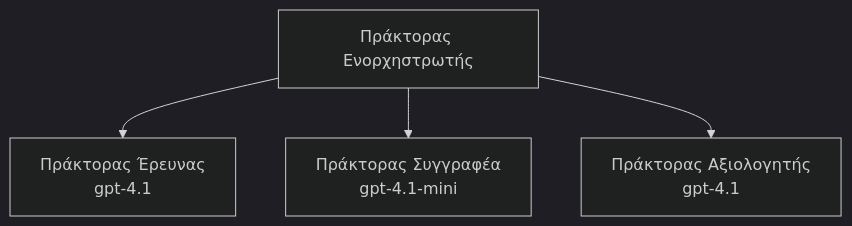
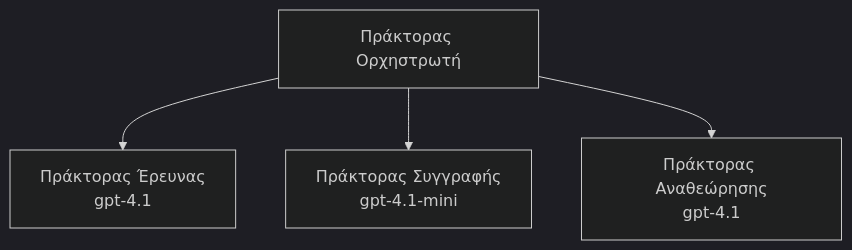
One commit to microsoft/AZD-for-beginners changed the third of 3 diagrams in translations/el/docs/chapter-02-ai-development/agents.md. Above: the diagram before and after it, drawn with Mermaid (dark theme). The commit also changed other lines of this file and 104 other files, not shown here.

````diff
--- a/translations/el/docs/chapter-02-ai-development/agents.md
+++ b/translations/el/docs/chapter-02-ai-development/agents.md
@@ -194,6 +201,6 @@
 ```mermaid
 graph TD
-    Orchestrator[Πράκτορας Ενορχηστρωτής] --> Research[Πράκτορας Έρευνας<br/>gpt-4.1]
-    Orchestrator --> Writer[Πράκτορας Συγγραφέα<br/>gpt-4.1-mini]
-    Orchestrator --> Reviewer[Πράκτορας Αξιολογητής<br/>gpt-4.1]
+    Orchestrator[Πράκτορας Ορχηστρωτή] --> Research[Πράκτορας Έρευνας<br/>gpt-4.1]
+    Orchestrator --> Writer[Πράκτορας Συγγραφής<br/>gpt-4.1-mini]
+    Orchestrator --> Reviewer[Πράκτορας Αναθεώρησης<br/>gpt-4.1]
 ```
````
